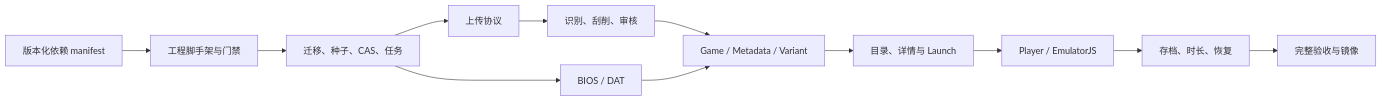
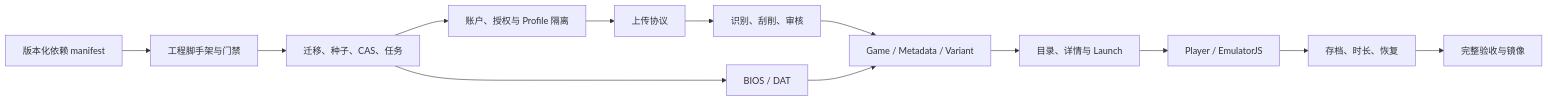
The diagram in docs/implementation-plan.md (retrom-project/retrom), drawn with Mermaid before and after one commit. The commit also changed other lines of this file and 13 other files, not shown here.

````diff
--- a/docs/implementation-plan.md
+++ b/docs/implementation-plan.md
@@ -24,14 +24,15 @@
 ```mermaid
 flowchart LR
     D["版本化依赖 manifest"] --> F["工程脚手架与门禁"]
     F --> S["迁移、种子、CAS、任务"]
-    S --> U["上传协议"]
+    S --> A0["账户、授权与 Profile 隔离"]
+    A0 --> U["上传协议"]
     U --> I["识别、刮削、审核"]
     S --> B["BIOS / DAT"]
     I --> G["Game / Metadata / Variant"]
     B --> G
     G --> L["目录、详情与 Launch"]
     L --> R["Player / EmulatorJS"]
     R --> P["存档、时长、恢复"]
     P --> A["完整验收与镜像"]
 ```
````
